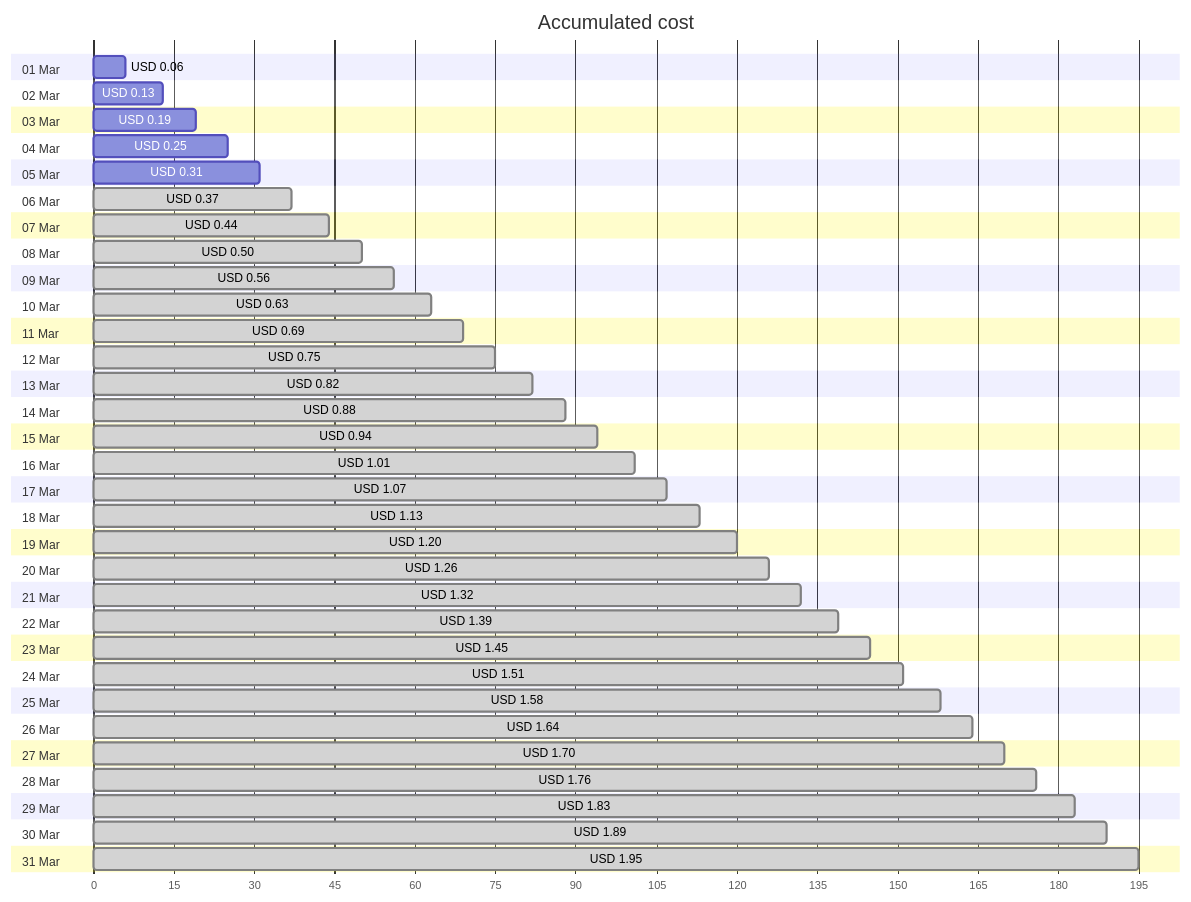
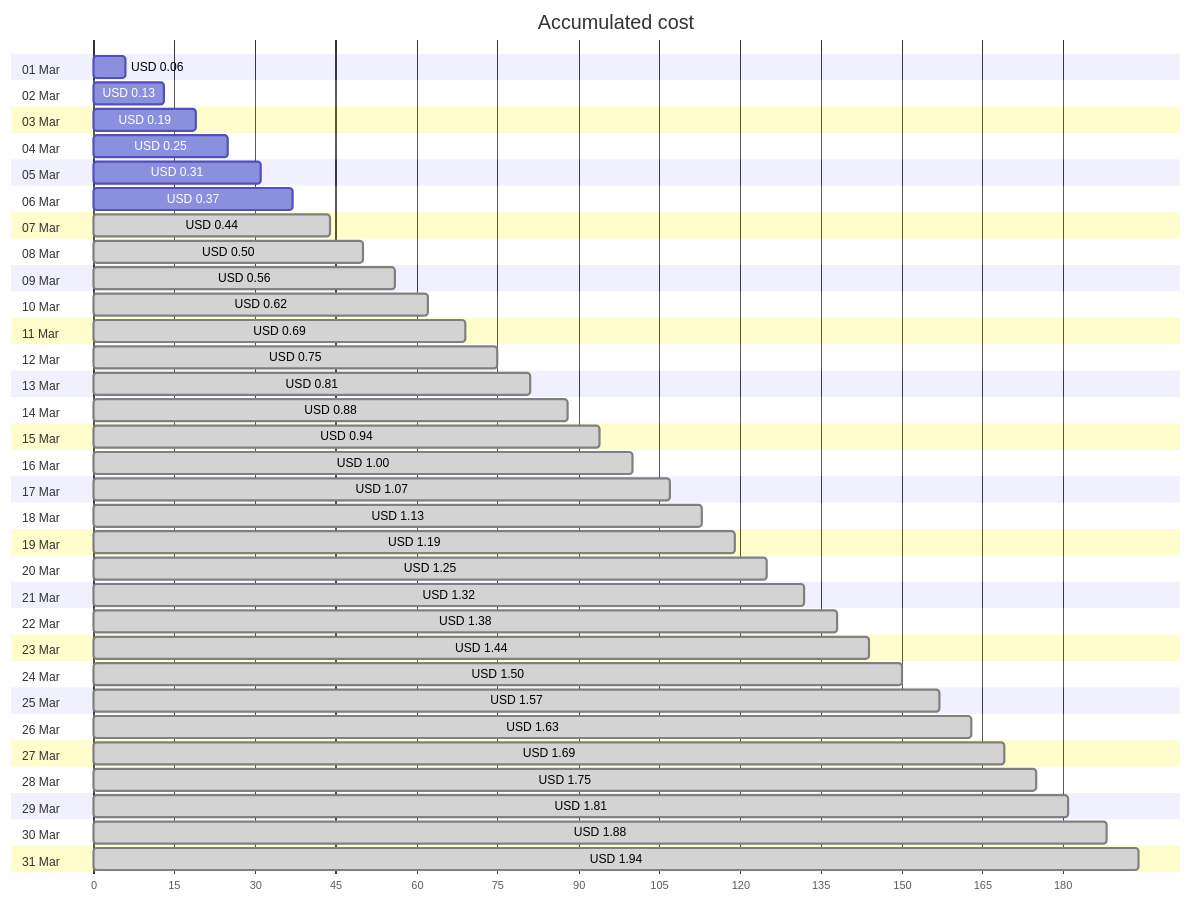
Before and after one commit to jpfulton/azure-personal-reports: the first of 4 diagrams in cost-reports/personal-network/backup-server_OsDisk.md, drawn with Mermaid. The commit also changed other lines of this file and 8 other files, not shown here.

````diff
--- a/cost-reports/personal-network/backup-server_OsDisk.md
+++ b/cost-reports/personal-network/backup-server_OsDisk.md
@@ -20,68 +20,68 @@
 ```mermaid
 gantt
    title Accumulated cost
    dateFormat  X
    axisFormat %s
    section 01 Mar
    USD 0.06 :0, 6
    section 02 Mar
    USD 0.13 :0, 13
    section 03 Mar
    USD 0.19 :0, 19
    section 04 Mar
    USD 0.25 :0, 25
    section 05 Mar
    USD 0.31 :0, 31
    section 06 Mar
-   USD 0.37 : done, 0, 37
+   USD 0.37 :0, 37
    section 07 Mar
    USD 0.44 : done, 0, 44
    section 08 Mar
    USD 0.50 : done, 0, 50
    section 09 Mar
    USD 0.56 : done, 0, 56
    section 10 Mar
-   USD 0.63 : done, 0, 63
+   USD 0.62 : done, 0, 62
    section 11 Mar
    USD 0.69 : done, 0, 69
    section 12 Mar
    USD 0.75 : done, 0, 75
    section 13 Mar
-   USD 0.82 : done, 0, 82
+   USD 0.81 : done, 0, 81
    section 14 Mar
    USD 0.88 : done, 0, 88
    section 15 Mar
    USD 0.94 : done, 0, 94
    section 16 Mar
-   USD 1.01 : done, 0, 101
+   USD 1.00 : done, 0, 100
    section 17 Mar
    USD 1.07 : done, 0, 107
    section 18 Mar
    USD 1.13 : done, 0, 113
    section 19 Mar
-   USD 1.20 : done, 0, 120
+   USD 1.19 : done, 0, 119
    section 20 Mar
-   USD 1.26 : done, 0, 126
+   USD 1.25 : done, 0, 125
    section 21 Mar
    USD 1.32 : done, 0, 132
    section 22 Mar
-   USD 1.39 : done, 0, 139
+   USD 1.38 : done, 0, 138
    section 23 Mar
-   USD 1.45 : done, 0, 145
+   USD 1.44 : done, 0, 144
    section 24 Mar
-   USD 1.51 : done, 0, 151
+   USD 1.50 : done, 0, 150
    section 25 Mar
-   USD 1.58 : done, 0, 158
+   USD 1.57 : done, 0, 157
    section 26 Mar
-   USD 1.64 : done, 0, 164
+   USD 1.63 : done, 0, 163
    section 27 Mar
-   USD 1.70 : done, 0, 170
+   USD 1.69 : done, 0, 169
    section 28 Mar
-   USD 1.76 : done, 0, 176
+   USD 1.75 : done, 0, 175
    section 29 Mar
-   USD 1.83 : done, 0, 183
+   USD 1.81 : done, 0, 181
    section 30 Mar
-   USD 1.89 : done, 0, 189
+   USD 1.88 : done, 0, 188
    section 31 Mar
-   USD 1.95 : done, 0, 195
+   USD 1.94 : done, 0, 194
 ```
````
